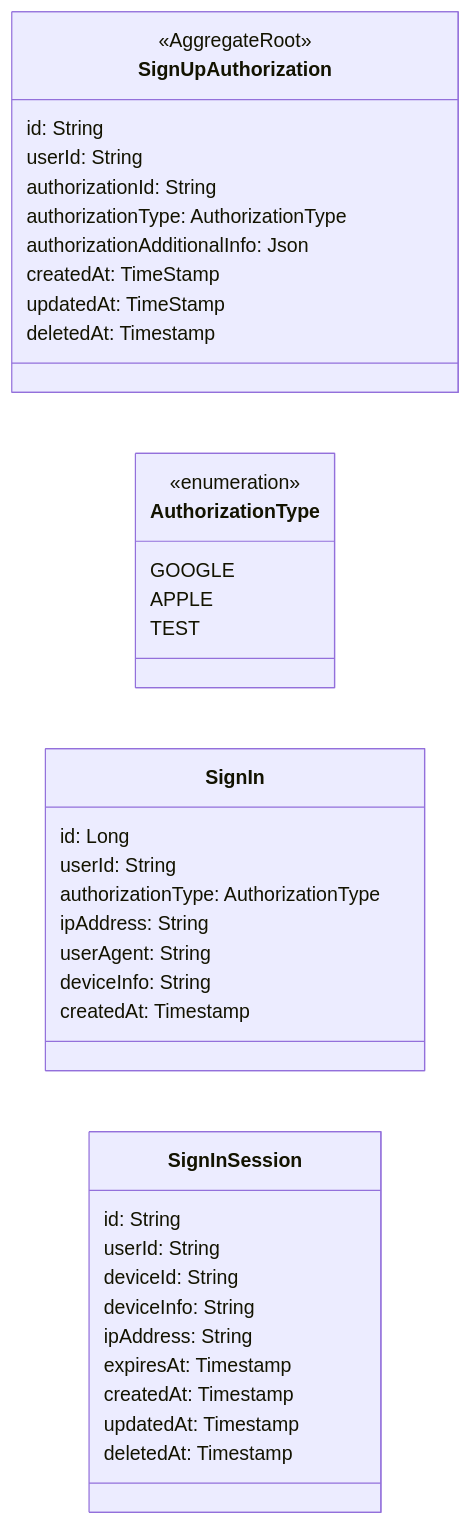
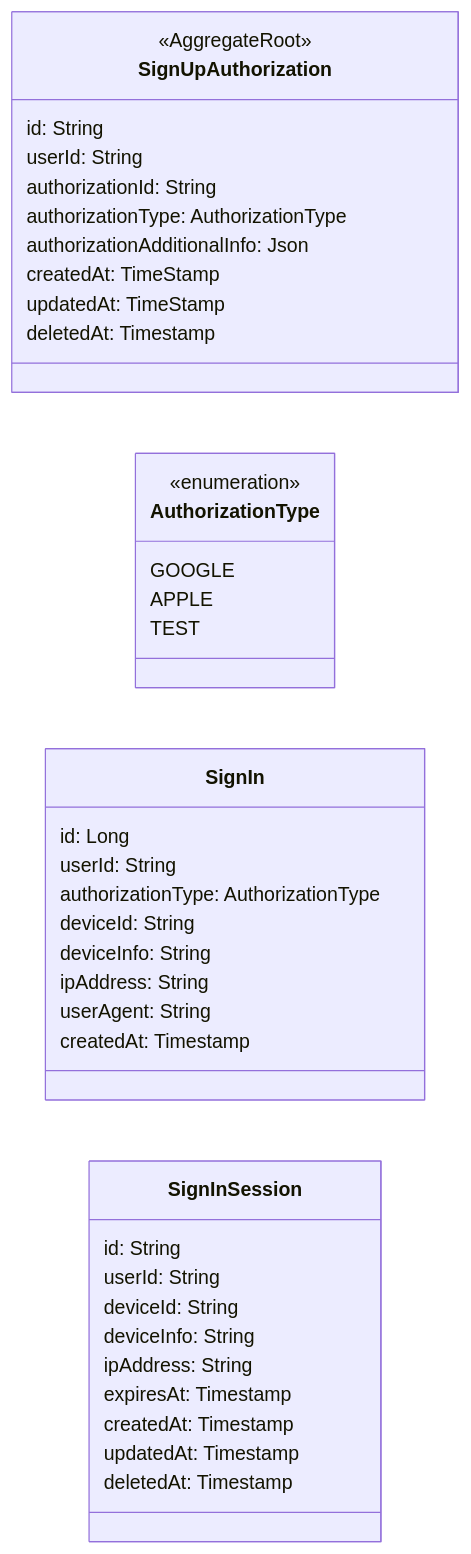
Before and after one commit to kwj1270/lockr: the diagram in docs/models/users/authorization.md, drawn with Mermaid. The commit also changed 4 other files, not shown here.

````diff
--- a/docs/models/users/authorization.md
+++ b/docs/models/users/authorization.md
@@ -4,45 +4,46 @@
 ```mermaid
 classDiagram
     direction LR
 
     class SignUpAuthorization {
         <<AggregateRoot>>
         id: String
         userId: String
         authorizationId: String
         authorizationType: AuthorizationType
         authorizationAdditionalInfo: Json
         createdAt: TimeStamp
         updatedAt: TimeStamp
         deletedAt: Timestamp
     }
 
     class AuthorizationType {
         <<enumeration>>
         GOOGLE
         APPLE
         TEST
     }
 
     class SignIn {
         id: Long
         userId: String
         authorizationType: AuthorizationType
+        deviceId: String
+        deviceInfo: String
         ipAddress: String
         userAgent: String
-        deviceInfo: String
         createdAt: Timestamp
     }
 
     class SignInSession {
         id: String
         userId: String
         deviceId: String 
         deviceInfo: String 
         ipAddress: String 
         expiresAt: Timestamp
         createdAt: Timestamp
         updatedAt: Timestamp
         deletedAt: Timestamp
     }
 ```
````
